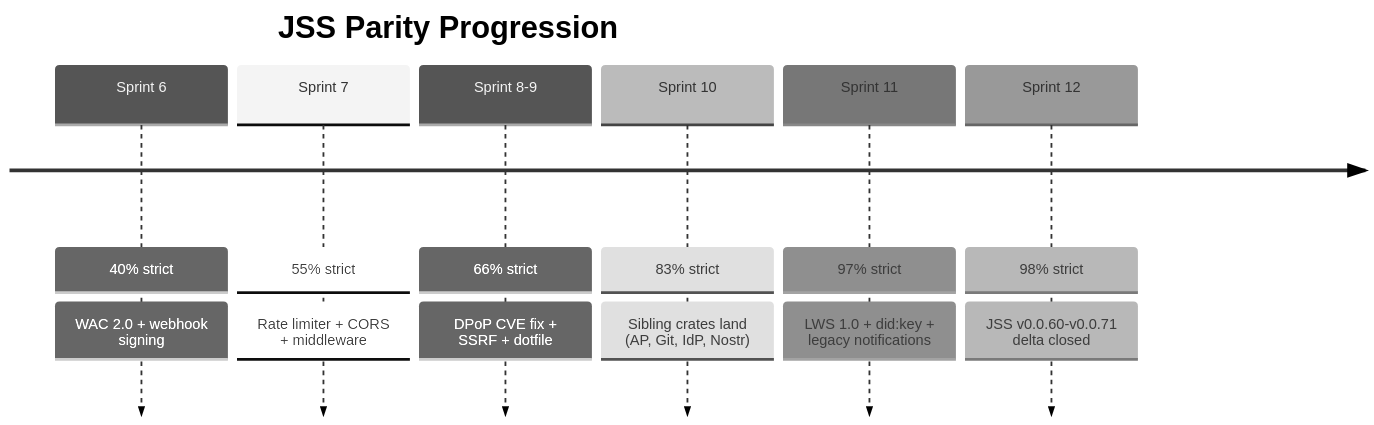
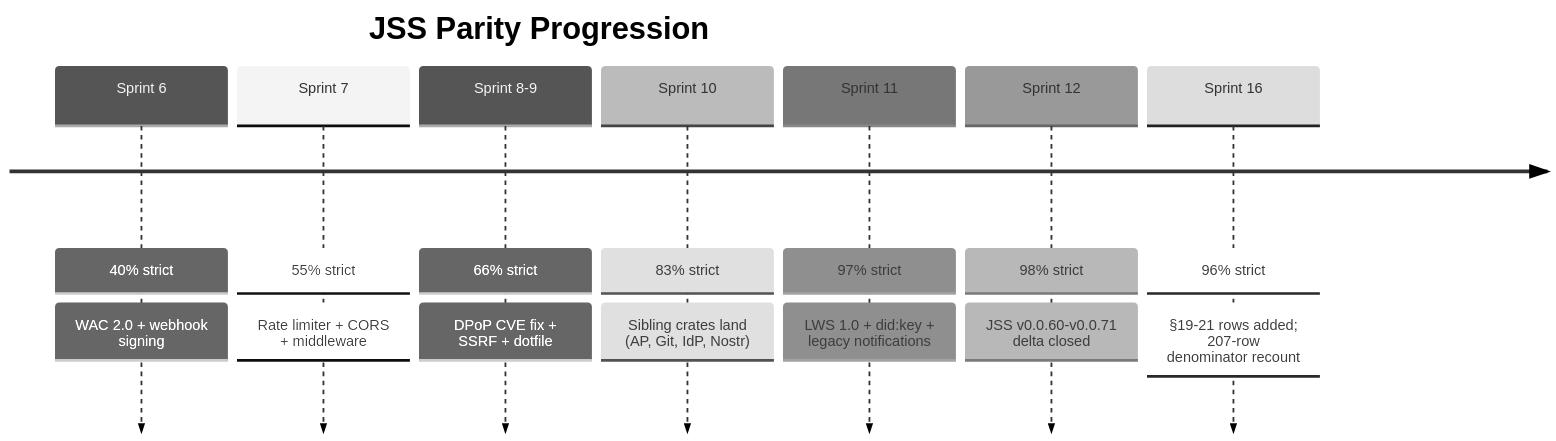
The second of 2 diagrams in README.md (DreamLab-AI/solid-pod-rs), drawn with Mermaid (neutral theme) before and after one commit. The commit also changed other lines of this file and 2 other files, not shown here.

````diff
--- a/README.md
+++ b/README.md
@@ -556,16 +556,18 @@
 ```mermaid
 timeline
     title JSS Parity Progression
     Sprint 6  : 40% strict
               : WAC 2.0 + webhook signing
     Sprint 7  : 55% strict
               : Rate limiter + CORS + middleware
     Sprint 8-9 : 66% strict
                : DPoP CVE fix + SSRF + dotfile
     Sprint 10  : 83% strict
                : Sibling crates land (AP, Git, IdP, Nostr)
     Sprint 11  : 97% strict
                : LWS 1.0 + did:key + legacy notifications
     Sprint 12  : 98% strict
                : JSS v0.0.60-v0.0.71 delta closed
+    Sprint 16  : 96% strict
+               : §19-21 rows added; 207-row denominator recount
 ```
````
